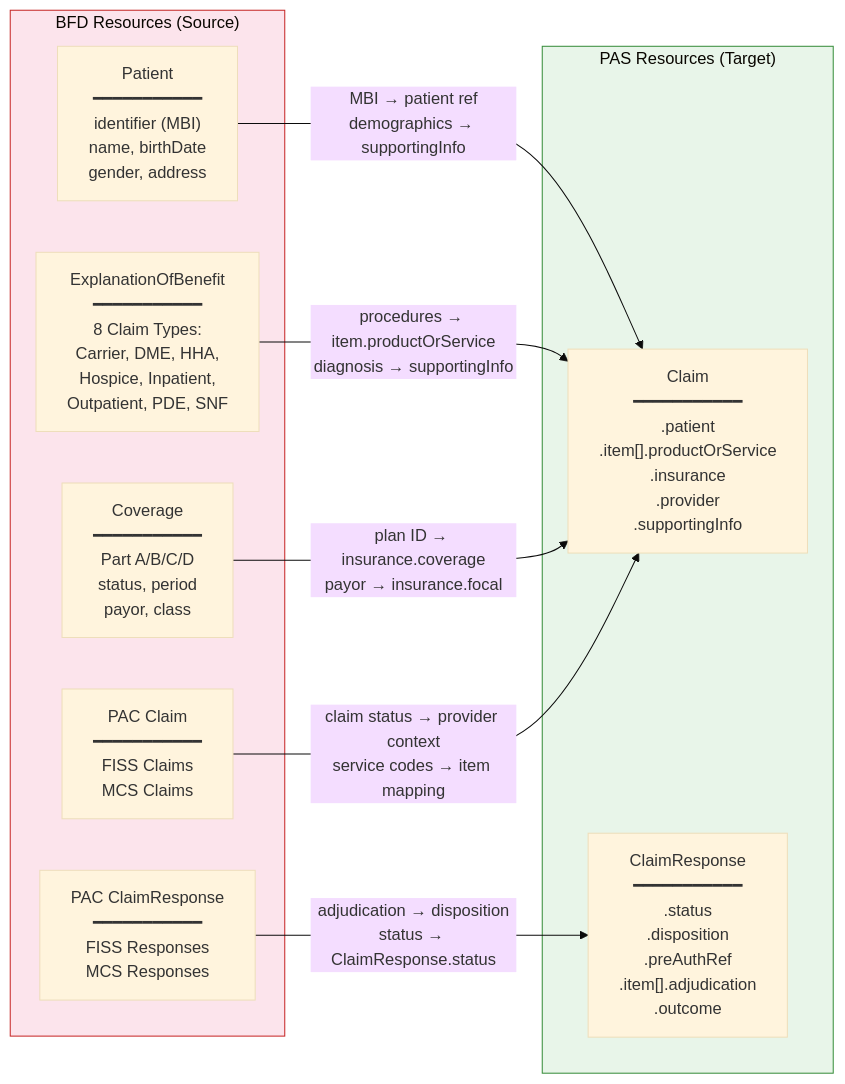
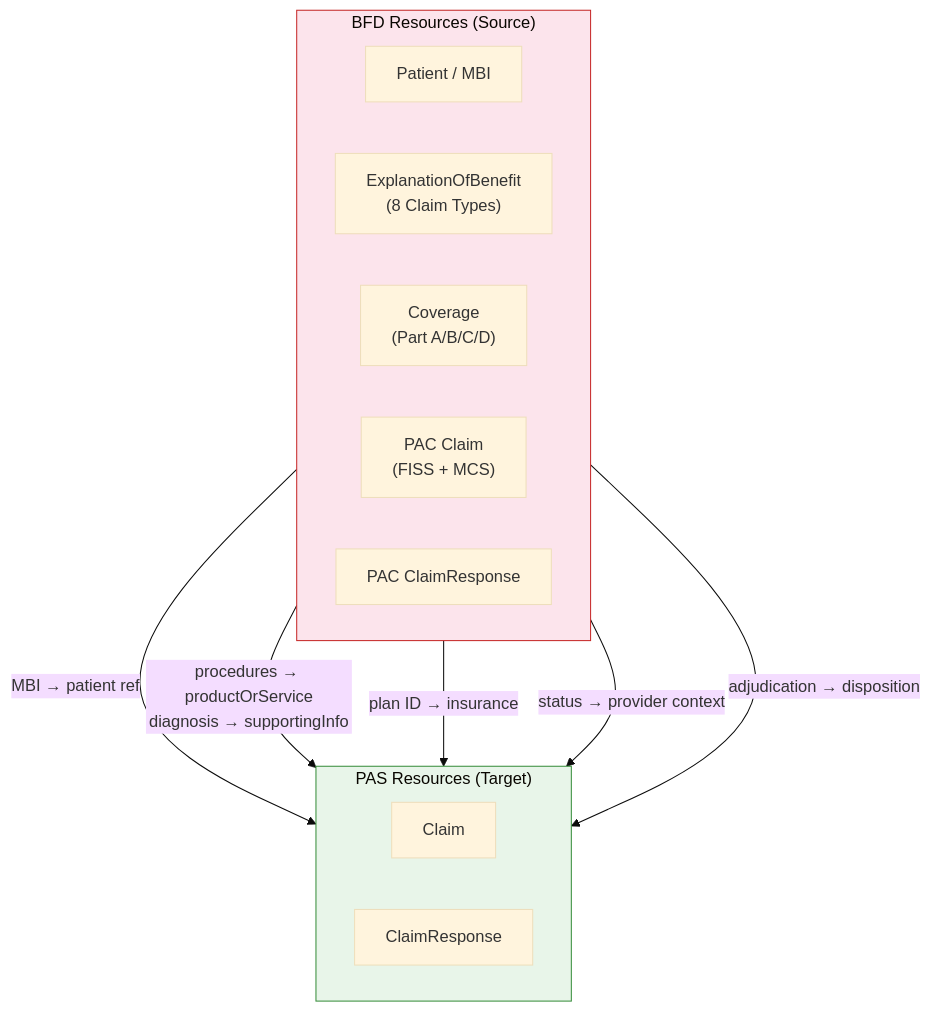
One commit to COG-GTM/FHIR-prior-auth changed the diagram in docs/diagrams/04-field-mapping.mmd. Above: the diagram before and after it, drawn with Mermaid (base theme). The commit also changed 6 other files, not shown here.

Commit message:
Fix: Resize diagrams to fit PDF pages, reduce margins, add responsive image CSS

```diff
--- a/docs/diagrams/04-field-mapping.mmd
+++ b/docs/diagrams/04-field-mapping.mmd
@@ -1,22 +1,24 @@
-graph LR
-    subgraph BFD_Resources["BFD Resources (Source)"]
-        BPatient["Patient<br/>━━━━━━━━━━━<br/>identifier (MBI)<br/>name, birthDate<br/>gender, address"]
-        BEOB["ExplanationOfBenefit<br/>━━━━━━━━━━━<br/>8 Claim Types:<br/>Carrier, DME, HHA,<br/>Hospice, Inpatient,<br/>Outpatient, PDE, SNF"]
-        BCoverage["Coverage<br/>━━━━━━━━━━━<br/>Part A/B/C/D<br/>status, period<br/>payor, class"]
-        BPACClaim["PAC Claim<br/>━━━━━━━━━━━<br/>FISS Claims<br/>MCS Claims"]
-        BPACResp["PAC ClaimResponse<br/>━━━━━━━━━━━<br/>FISS Responses<br/>MCS Responses"]
+graph TB
+    subgraph BFD["BFD Resources (Source)"]
+        direction LR
+        BPatient["Patient / MBI"]
+        BEOB["ExplanationOfBenefit<br/>(8 Claim Types)"]
+        BCoverage["Coverage<br/>(Part A/B/C/D)"]
+        BPACClaim["PAC Claim<br/>(FISS + MCS)"]
+        BPACResp["PAC ClaimResponse"]
     end
 
-    subgraph PAS_Resources["PAS Resources (Target)"]
-        PClaim["Claim<br/>━━━━━━━━━━━<br/>.patient<br/>.item[].productOrService<br/>.insurance<br/>.provider<br/>.supportingInfo"]
-        PResponse["ClaimResponse<br/>━━━━━━━━━━━<br/>.status<br/>.disposition<br/>.preAuthRef<br/>.item[].adjudication<br/>.outcome"]
+    subgraph PAS["PAS Resources (Target)"]
+        direction LR
+        PClaim["Claim"]
+        PResponse["ClaimResponse"]
     end
 
-    BPatient -->|"MBI → patient ref<br/>demographics → supportingInfo"| PClaim
-    BEOB -->|"procedures → item.productOrService<br/>diagnosis → supportingInfo"| PClaim
-    BCoverage -->|"plan ID → insurance.coverage<br/>payor → insurance.focal"| PClaim
-    BPACClaim -->|"claim status → provider context<br/>service codes → item mapping"| PClaim
-    BPACResp -->|"adjudication → disposition<br/>status → ClaimResponse.status"| PResponse
+    BPatient -->|"MBI → patient ref"| PClaim
+    BEOB -->|"procedures → productOrService<br/>diagnosis → supportingInfo"| PClaim
+    BCoverage -->|"plan ID → insurance"| PClaim
+    BPACClaim -->|"status → provider context"| PClaim
+    BPACResp -->|"adjudication → disposition"| PResponse
 
-    style BFD_Resources fill:#fce4ec,stroke:#c62828
-    style PAS_Resources fill:#e8f5e9,stroke:#388e3c
+    style BFD fill:#fce4ec,stroke:#c62828
+    style PAS fill:#e8f5e9,stroke:#388e3c
```
